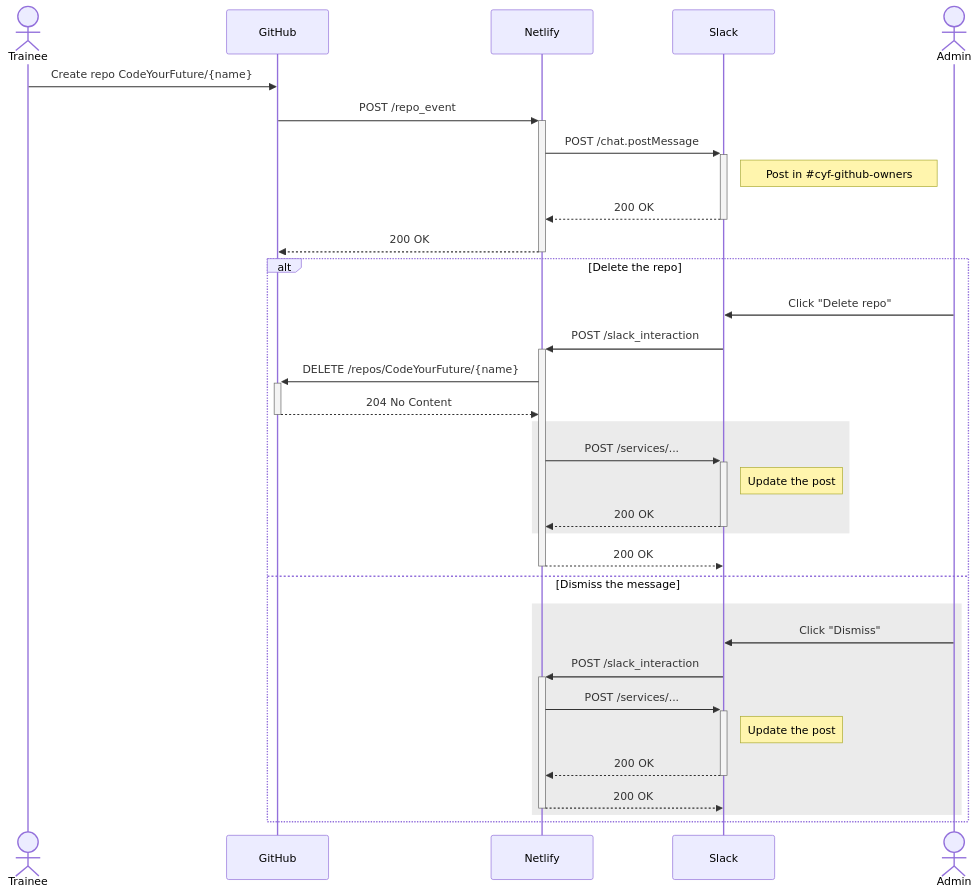
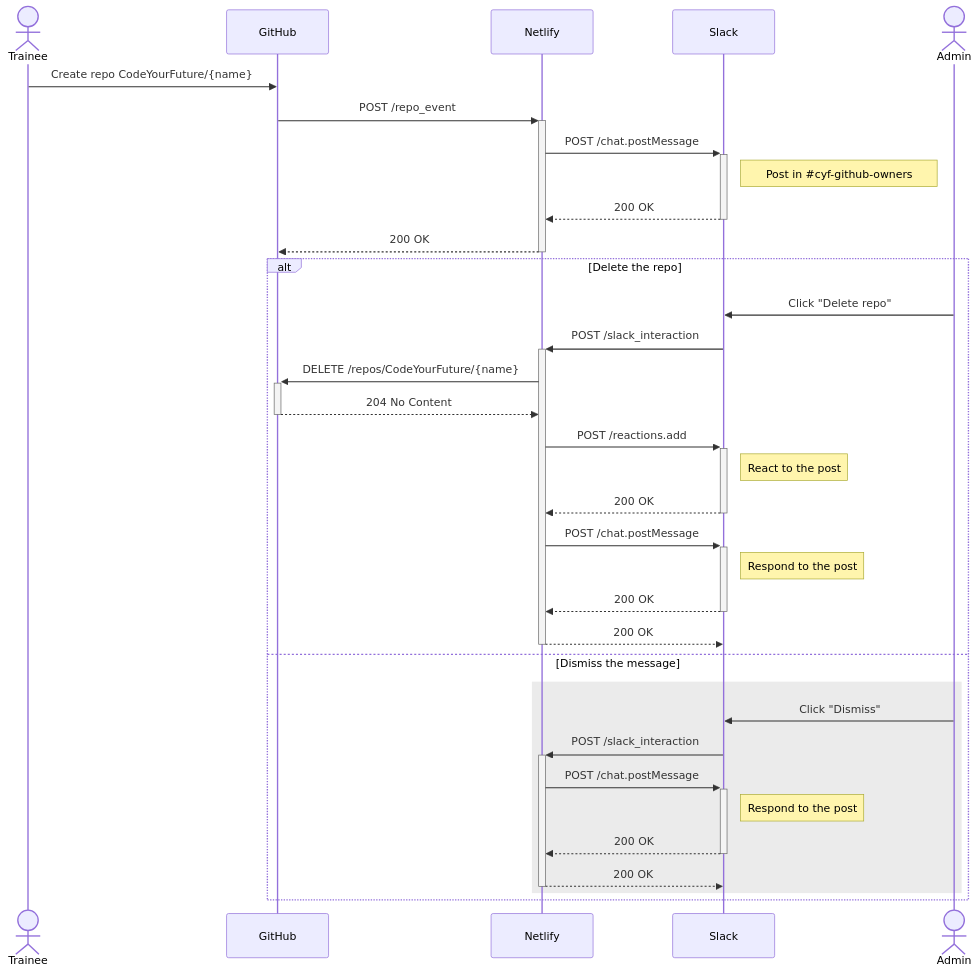
One commit to CodeYourFuture/gitbot changed the diagram in README.md. Above: the diagram before and after it, drawn with Mermaid. The commit also changed 7 other files, not shown here.

Commit message:
Respond to message on deletion

````diff
--- a/README.md
+++ b/README.md
@@ -26,35 +26,36 @@
 ```mermaid
 sequenceDiagram
     actor Trainee
     participant GitHub
     participant Netlify
     participant Slack
     Trainee->>GitHub: Create repo CodeYourFuture/{name}
     GitHub->>+Netlify: POST /repo_event
     Netlify->>+Slack: POST /chat.postMessage
     Note right of Slack: Post in #35;cyf-github-owners
     Slack-->>-Netlify: 200 OK
     Netlify-->>-GitHub: 200 OK
     actor Admin
     alt Delete the repo
     Admin->>Slack: Click "Delete repo"
     Slack->>+Netlify: POST /slack_interaction
     Netlify->>+GitHub: DELETE /repos/CodeYourFuture/{name}
     GitHub-->>-Netlify: 204 No Content
-    rect rgb(235, 235, 235)
-    Netlify->>+Slack: POST /services/...
-    Note right of Slack: Update the post
+    Netlify->>+Slack: POST /reactions.add
+    Note right of Slack: React to the post
     Slack-->>-Netlify: 200 OK
-    end
+    Netlify->>+Slack: POST /chat.postMessage
+    Note right of Slack: Respond to the post
+    Slack-->>-Netlify: 200 OK
     Netlify-->>-Slack: 200 OK
     else Dismiss the message
     rect rgb(235, 235, 235)
     Admin->>Slack: Click "Dismiss"
     Slack->>+Netlify: POST /slack_interaction
-    Netlify->>+Slack: POST /services/...
-    Note right of Slack: Update the post
+    Netlify->>+Slack: POST /chat.postMessage
+    Note right of Slack: Respond to the post
     Slack-->>-Netlify: 200 OK
     Netlify-->>-Slack: 200 OK
     end
     end
 ```
````
